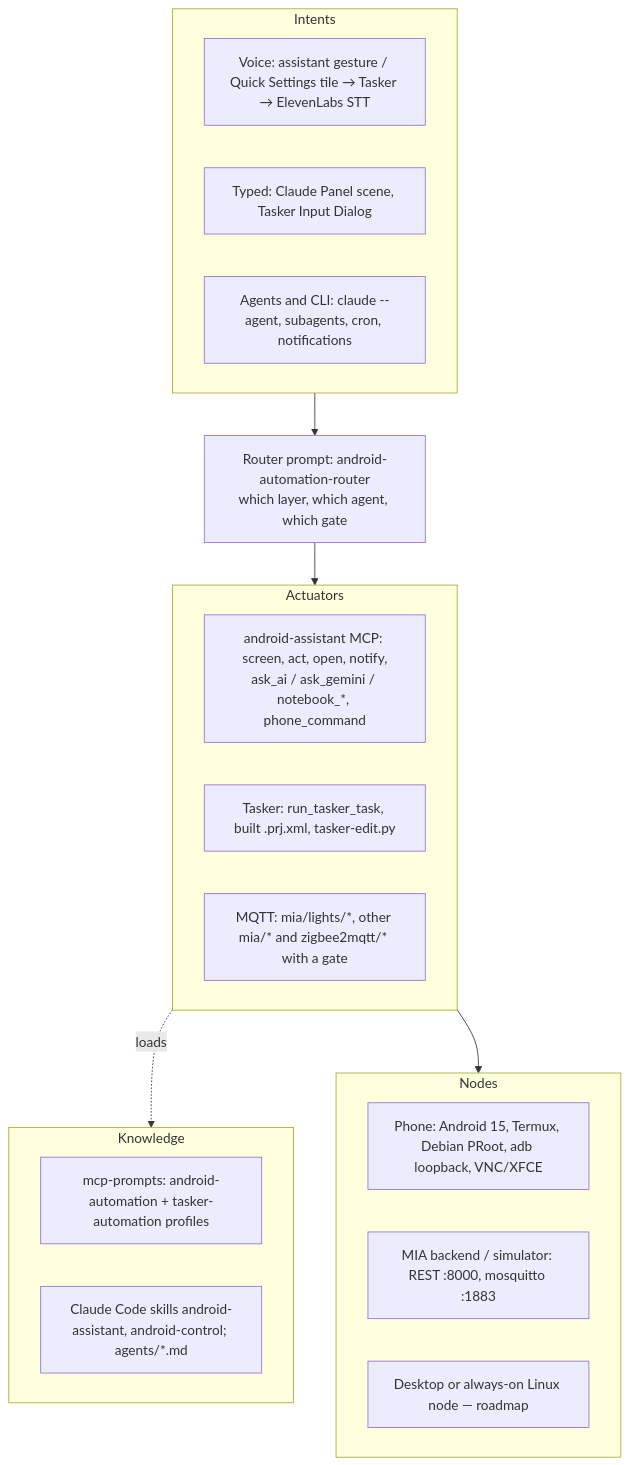
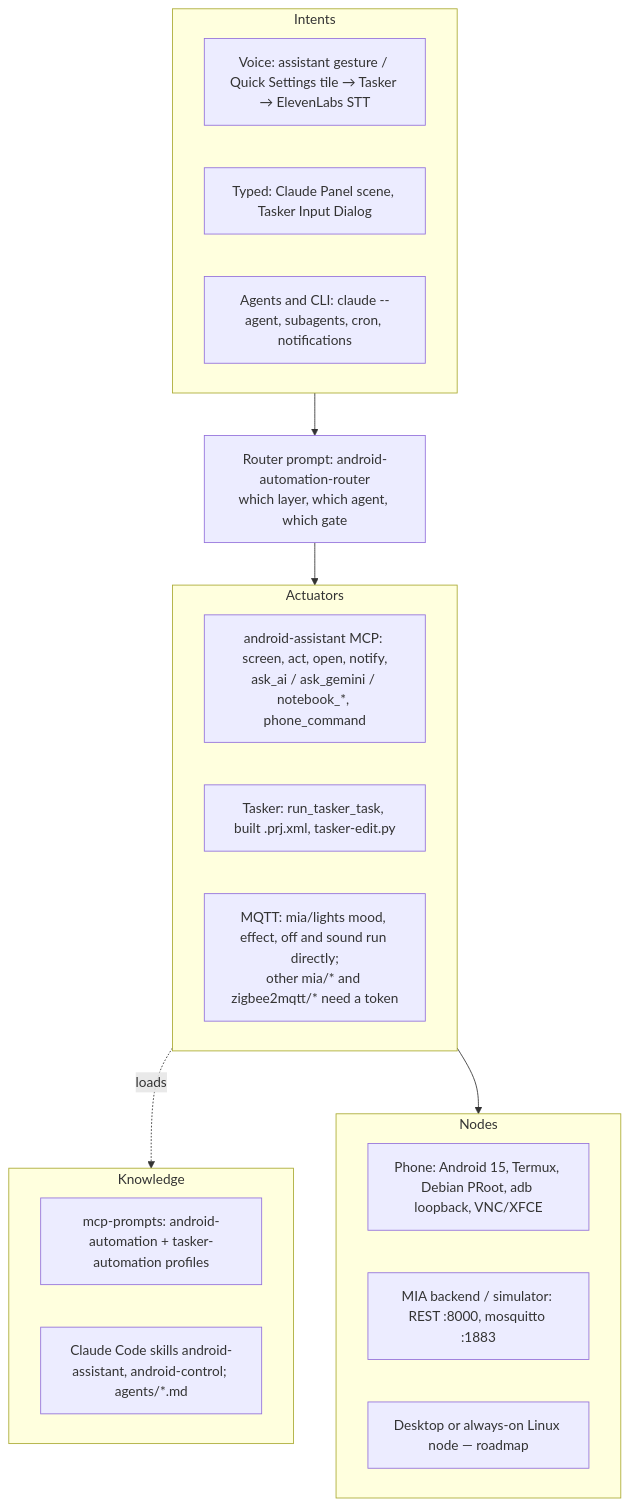
Before and after one commit to sparesparrow/mcp-prompts: the diagram in docs/10-android-automation.md, drawn with Mermaid. The commit also changed other lines of this file, not shown here.

````diff
--- a/docs/10-android-automation.md
+++ b/docs/10-android-automation.md
@@ -60,26 +60,26 @@
 ```mermaid
 flowchart TD
   subgraph I[Intents]
     V[Voice: assistant gesture / Quick Settings tile → Tasker → ElevenLabs STT]
     T[Typed: Claude Panel scene, Tasker Input Dialog]
     A[Agents and CLI: claude --agent, subagents, cron, notifications]
   end
   R[Router prompt: android-automation-router<br/>which layer, which agent, which gate]
   subgraph X[Actuators]
     M[android-assistant MCP: screen, act, open, notify,<br/>ask_ai / ask_gemini / notebook_*, phone_command]
     K[Tasker: run_tasker_task, built .prj.xml, tasker-edit.py]
-    Q[MQTT: mia/lights/*, other mia/* and zigbee2mqtt/* with a gate]
+    Q[MQTT: mia/lights mood, effect, off and sound run directly;<br/>other mia/* and zigbee2mqtt/* need a token]
   end
   subgraph N[Knowledge]
     P[mcp-prompts: android-automation + tasker-automation profiles]
     S[Claude Code skills android-assistant, android-control; agents/*.md]
   end
   subgraph D[Nodes]
     PH[Phone: Android 15, Termux, Debian PRoot, adb loopback, VNC/XFCE]
     MI[MIA backend / simulator: REST :8000, mosquitto :1883]
     DE[Desktop or always-on Linux node — roadmap]
   end
   I --> R --> X
   X -.loads.-> N
   X --> D
 ```
````
